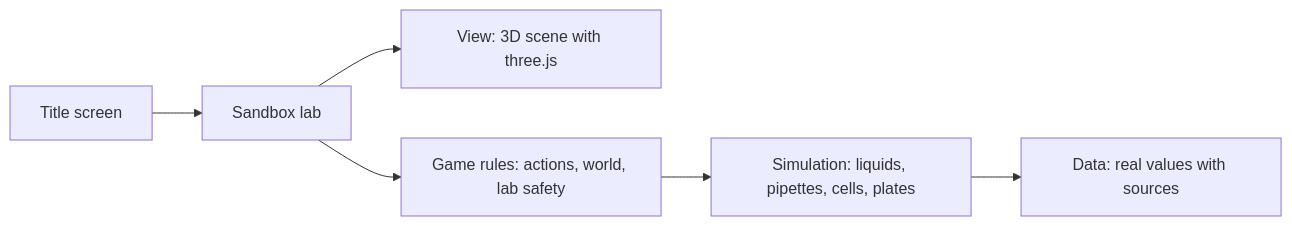
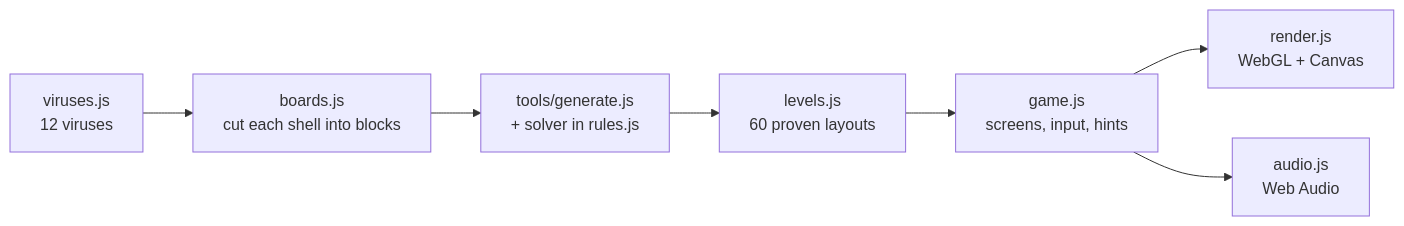
Before and after one commit to Zyun20041026/Senior-Capstone-Project: the diagram in Alex-202384014054/README.md, drawn with Mermaid. The commit also changed other lines of this file and 3 other files, not shown here.

````diff
--- a/Alex-202384014054/README.md
+++ b/Alex-202384014054/README.md
@@ -64,8 +57,9 @@
 ```mermaid
 flowchart LR
-    T[Title screen] --> S[Sandbox lab]
-    S --> V[View: 3D scene with three.js]
-    S --> G[Game rules: actions, world, lab safety]
-    G --> M[Simulation: liquids, pipettes, cells, plates]
-    M --> D[Data: real values with sources]
+    V[viruses.js<br>12 viruses] --> B[boards.js<br>cut each shell into blocks]
+    B --> GEN[tools/generate.js<br>+ solver in rules.js]
+    GEN --> L[levels.js<br>60 proven layouts]
+    L --> G[game.js<br>screens, input, hints]
+    G --> R[render.js<br>WebGL + Canvas]
+    G --> A[audio.js<br>Web Audio]
 ```
````
